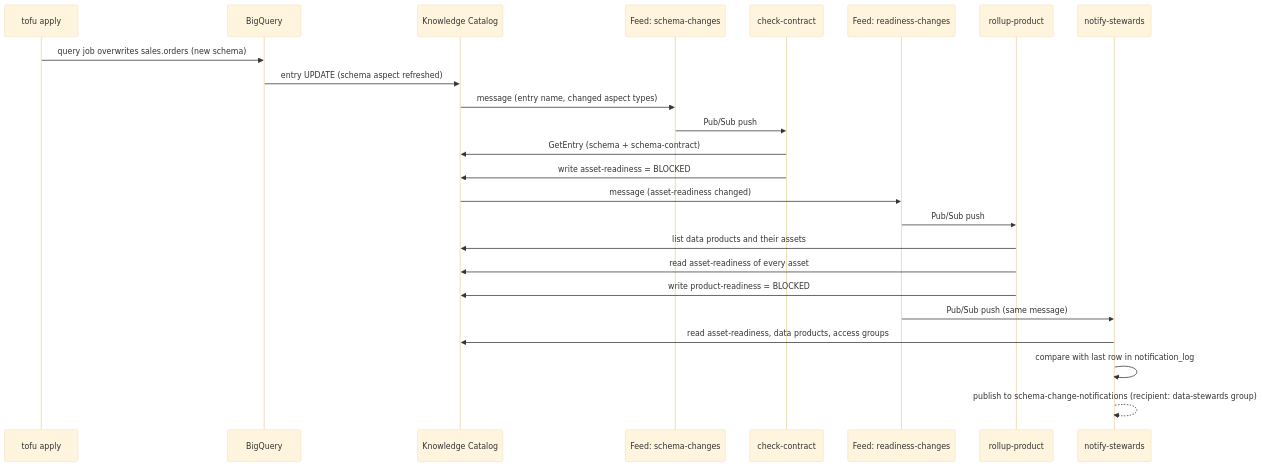
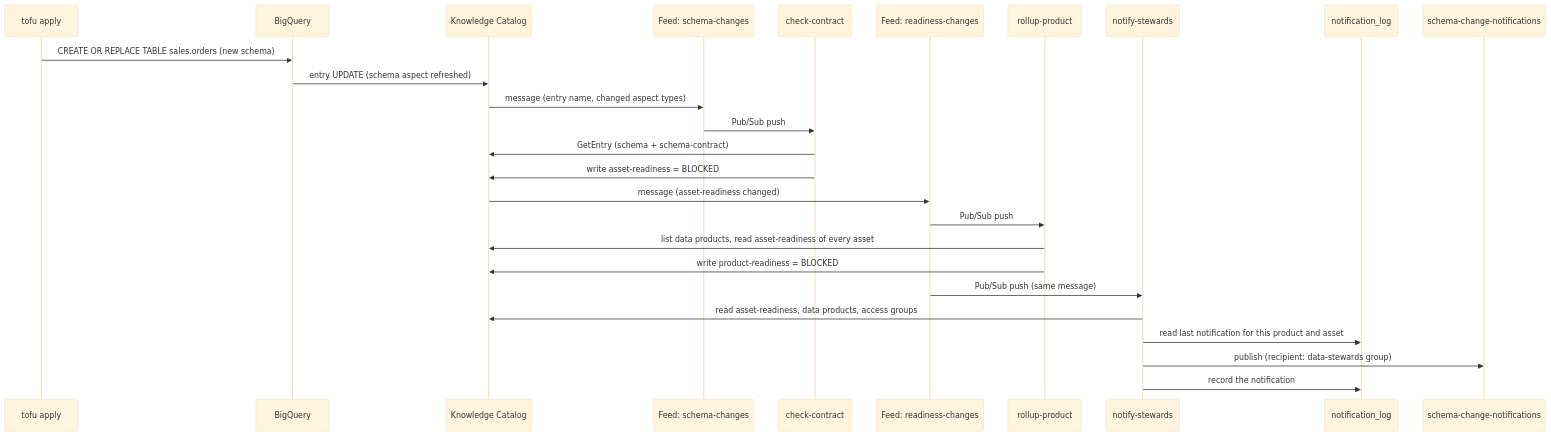
One commit to gCloud-Tech-Showcase/datacloud-metadata-feed changed the diagram in docs/architecture.md. Above: the diagram before and after it, drawn with Mermaid (base theme). The commit also changed other lines of this file and 14 other files, not shown here.

````diff
--- a/docs/architecture.md
+++ b/docs/architecture.md
@@ -5,27 +7,29 @@
 ```mermaid
 sequenceDiagram
     participant TF as tofu apply
     participant BQ as BigQuery
     participant KC as Knowledge Catalog
     participant F1 as Feed: schema-changes
     participant CC as check-contract
     participant F2 as Feed: readiness-changes
     participant RP as rollup-product
+    participant NS as notify-stewards
+    participant NL as notification_log
+    participant NT as schema-change-notifications
 
-    TF->>BQ: query job overwrites sales.orders (new schema)
+    TF->>BQ: CREATE OR REPLACE TABLE sales.orders (new schema)
     BQ->>KC: entry UPDATE (schema aspect refreshed)
     KC->>F1: message (entry name, changed aspect types)
     F1->>CC: Pub/Sub push
     CC->>KC: GetEntry (schema + schema-contract)
     CC->>KC: write asset-readiness = BLOCKED
     KC->>F2: message (asset-readiness changed)
     F2->>RP: Pub/Sub push
-    RP->>KC: list data products and their assets
-    RP->>KC: read asset-readiness of every asset
+    RP->>KC: list data products, read asset-readiness of every asset
     RP->>KC: write product-readiness = BLOCKED
-    participant NS as notify-stewards
     F2->>NS: Pub/Sub push (same message)
     NS->>KC: read asset-readiness, data products, access groups
-    NS->>NS: compare with last row in notification_log
-    NS-->>NS: publish to schema-change-notifications (recipient: data-stewards group)
+    NS->>NL: read last notification for this product and asset
+    NS->>NT: publish (recipient: data-stewards group)
+    NS->>NL: record the notification
 ```
````
